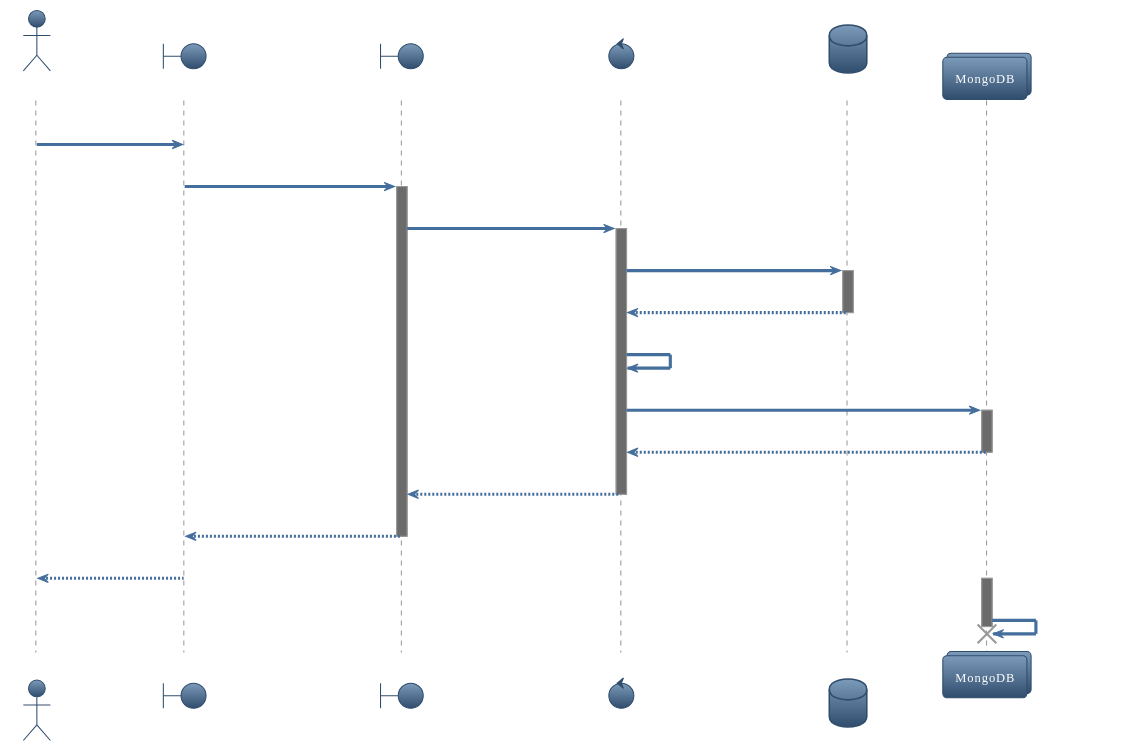
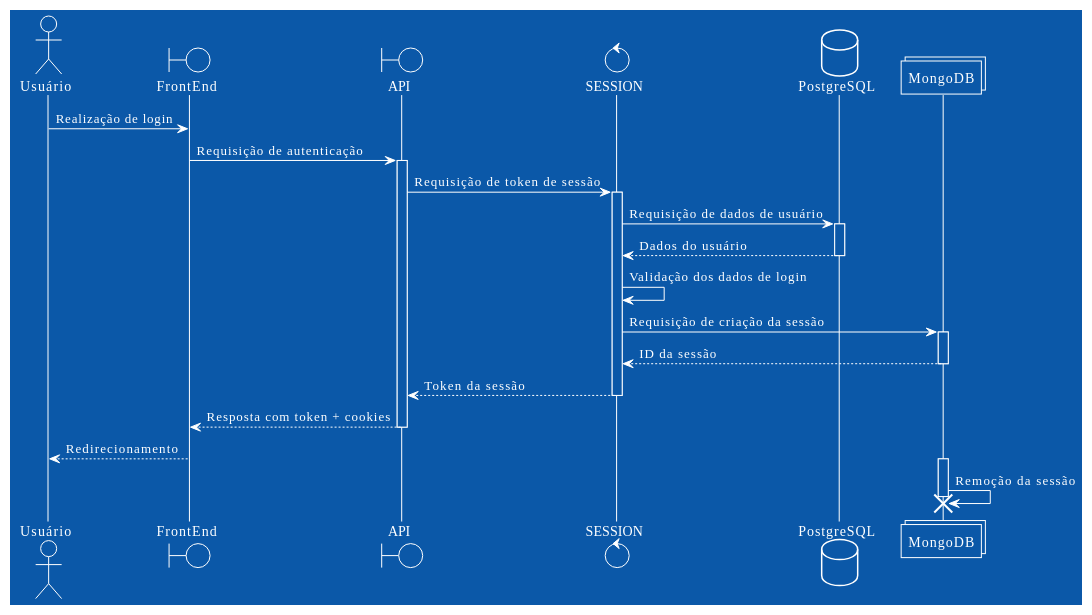
Before and after one commit to Minerva-System/minerva-system: the diagram in docs/src/diagramas/login.md, drawn with PlantUML. The commit also changed 1 other file, not shown here.

Commit message:
Fix bug on stress test

````diff
--- a/docs/src/diagramas/login.md
+++ b/docs/src/diagramas/login.md
@@ -5,37 +5,37 @@
 ```plantuml
 @startuml
-!theme spacelab
+!theme amiga
 
 actor       Usuário    as ator
 boundary    FrontEnd   as frontend
 boundary    API        as api
 control     SESSION    as session
 database    PostgreSQL as postgres
 collections MongoDB    as mongo
 
 ator     ->   frontend: Realização de login
 frontend ->   api:      Requisição de autenticação
 activate api
 api      ->   session:  Requisição de token de sessão
 activate session
 session  ->   postgres: Requisição de dados de usuário
 activate postgres
 session  <--  postgres: Dados do usuário
 deactivate postgres
 session  ->   session:  Validação dos dados de login
 session  ->   mongo:    Requisição de criação da sessão
 activate mongo
 session  <--  mongo:    ID da sessão
 deactivate mongo
 api      <--  session:  Token da sessão
 deactivate session
 frontend <--  api:      Resposta com token + cookies
 deactivate api
 ator     <--  frontend: Redirecionamento
 
 activate mongo
 mongo -> mongo: Remoção da sessão
 destroy mongo
 
 @enduml
 ```
````
